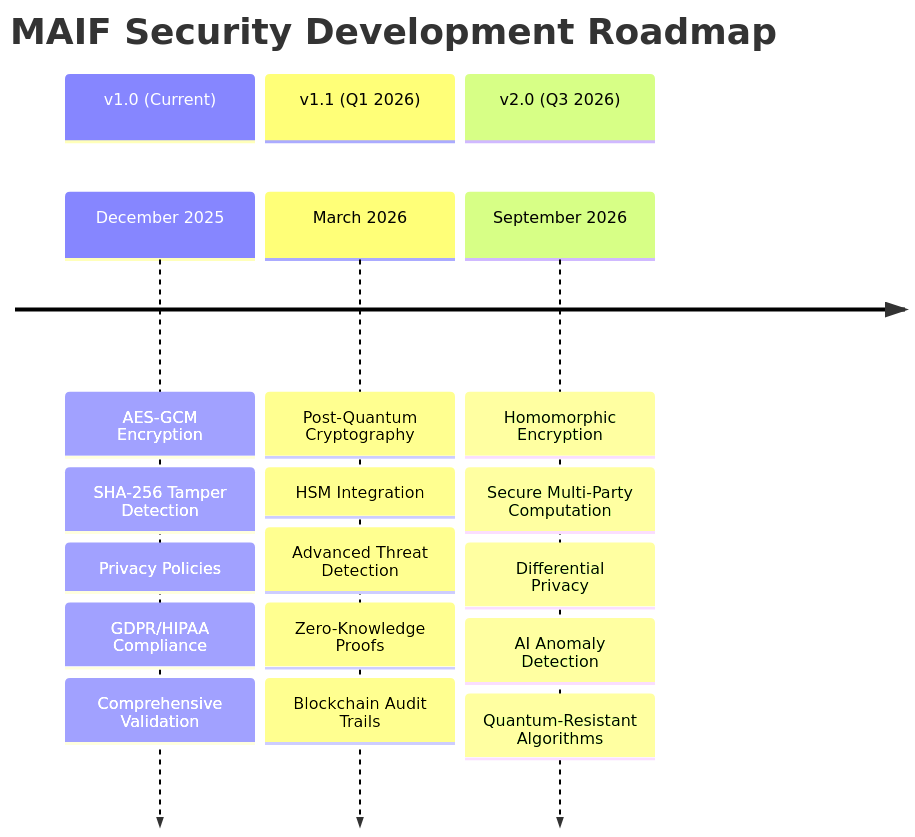
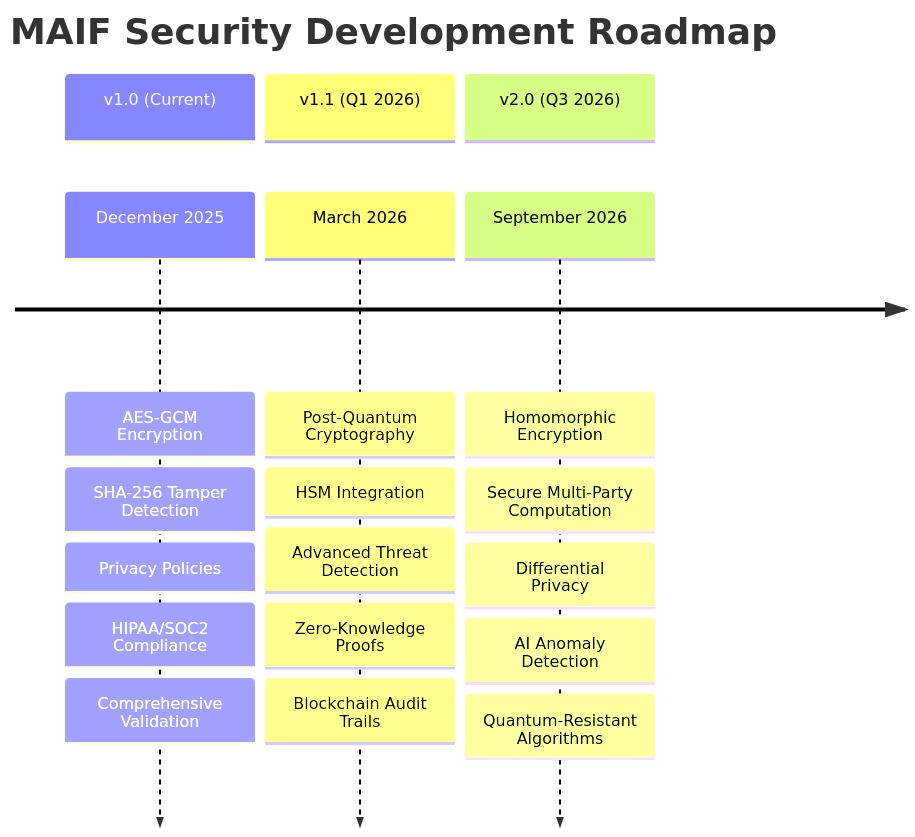
Diagram 23 of 24 in SECURITY_SPECIFICATION.md (mbhatt1/maifscratch), drawn with Mermaid before and after one commit. The commit also changed other lines of this file and 1 other file, not shown here.

````diff
--- a/SECURITY_SPECIFICATION.md
+++ b/SECURITY_SPECIFICATION.md
@@ -1051,25 +1053,25 @@
 ```mermaid
 timeline
     title MAIF Security Development Roadmap
     
     section v1.0 (Current)
         December 2025 : AES-GCM Encryption
                       : SHA-256 Tamper Detection
                       : Privacy Policies
-                      : GDPR/HIPAA Compliance
+                      : HIPAA/SOC2 Compliance
                       : Comprehensive Validation
     
     section v1.1 (Q1 2026)
         March 2026 : Post-Quantum Cryptography
                    : HSM Integration
                    : Advanced Threat Detection
                    : Zero-Knowledge Proofs
                    : Blockchain Audit Trails
     
     section v2.0 (Q3 2026)
         September 2026 : Homomorphic Encryption
                        : Secure Multi-Party Computation
                        : Differential Privacy
                        : AI Anomaly Detection
                        : Quantum-Resistant Algorithms
 ```
````
